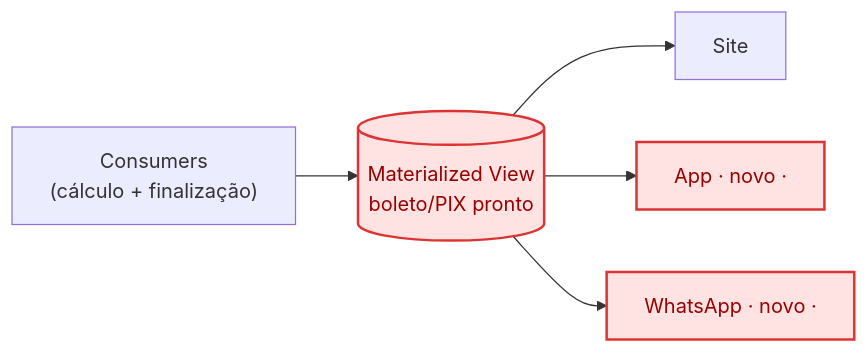
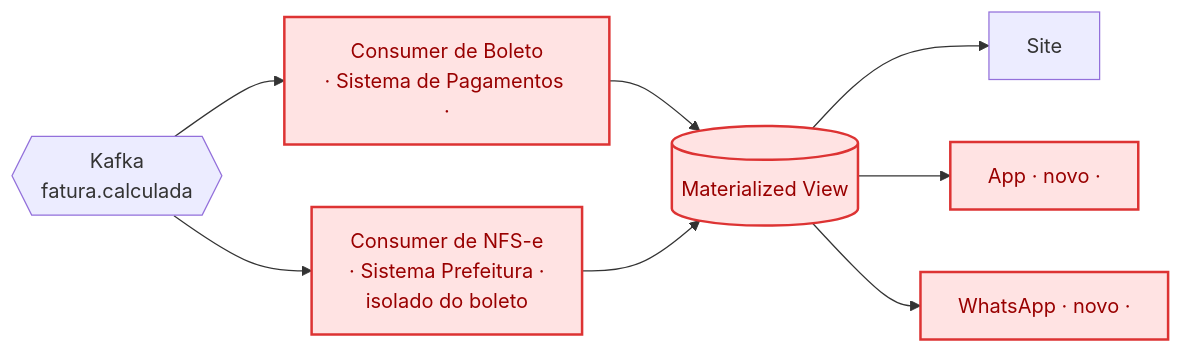
The diagram in diagramas/04-post3-fanout-leitura.md (lealnetosena/colegio-leal), drawn with Mermaid before and after one commit. The commit also changed other lines of this file and 1 other file, not shown here.

First line of the commit message:
docs: propaga nomes reais, escopo boleto e split boleto/NFS-e pelos posts 1-3 e 8

````diff
--- a/diagramas/04-post3-fanout-leitura.md
+++ b/diagramas/04-post3-fanout-leitura.md
@@ -3,10 +3,13 @@
 ```mermaid
 flowchart LR
-    CONS["Consumers<br/>(cálculo + finalização)"] --> MV[("Materialized View<br/>boleto/PIX pronto")]
+    K2{{"Kafka<br/>fatura.calculada"}} --> CBOL["Consumer de Boleto<br/>· Sistema de Pagamentos ·"]
+    K2 --> CNFE["Consumer de NFS-e<br/>· Sistema Prefeitura ·<br/>isolado do boleto"]
+    CBOL --> MV[("Materialized View")]
+    CNFE --> MV
     MV --> SITE["Site"]
     MV --> APP["App · novo ·"]
     MV --> WA["WhatsApp · novo ·"]
 
     classDef novo fill:#ffe3e3,stroke:#d33,color:#900,stroke-width:2px
-    class MV,APP,WA novo
+    class CBOL,CNFE,MV,APP,WA novo
 ```
````
